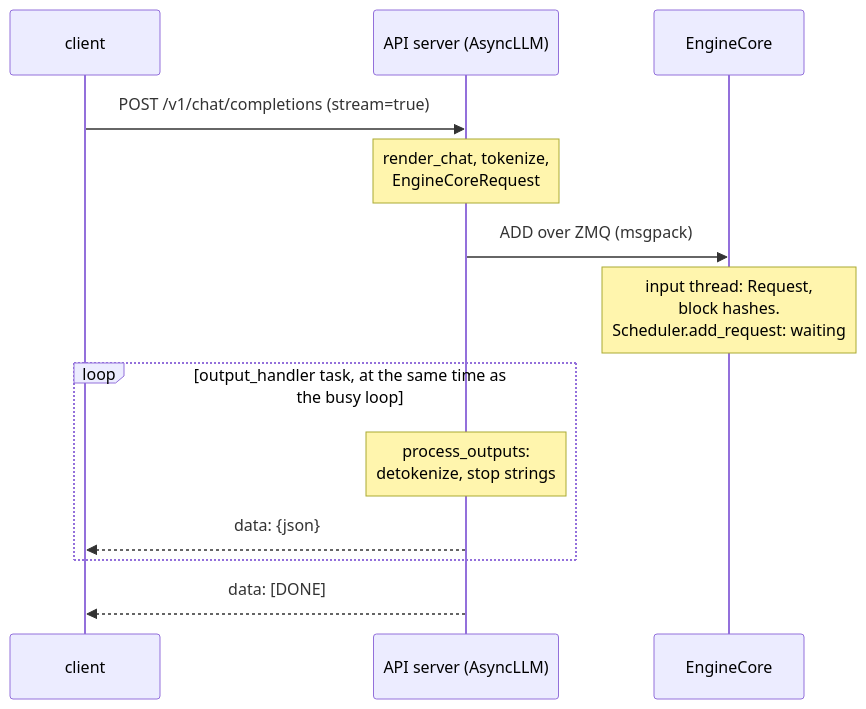
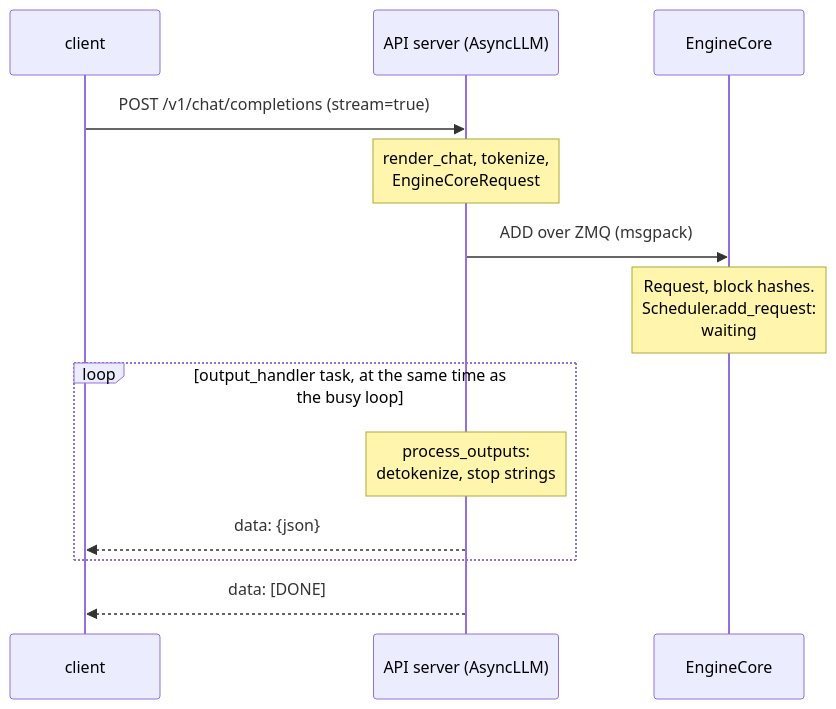
The second of 7 diagrams in 04-inference-engine/vllm-internals/vllm-internals-primer.md (aniryou/full-stack-agentic-engineer), drawn with Mermaid before and after one commit. The commit also changed other lines of this file and 29 other files, not shown here.

First line of the commit message:
WIP snapshot: the figure round (charts, improvements, additions) in progress (2026-10-30T18:32:37Z); not validated [skip ci]

````diff
--- a/04-inference-engine/vllm-internals/vllm-internals-primer.md
+++ b/04-inference-engine/vllm-internals/vllm-internals-primer.md
@@ -215,15 +215,15 @@
 ```mermaid
 sequenceDiagram
     participant C as client
     participant A as API server (AsyncLLM)
     participant E as EngineCore
     C->>A: POST /v1/chat/completions (stream=true)
     Note over A: render_chat, tokenize,<br/>EngineCoreRequest
     A->>E: ADD over ZMQ (msgpack)
-    Note over E: input thread: Request,<br/>block hashes.<br/>Scheduler.add_request: waiting
+    Note over E: Request, block hashes.<br/>Scheduler.add_request:<br/>waiting
     loop output_handler task, at the same time as the busy loop
         Note over A: process_outputs:<br/>detokenize, stop strings
         A-->>C: data: {json}
     end
     A-->>C: data: [DONE]
 ```
````
